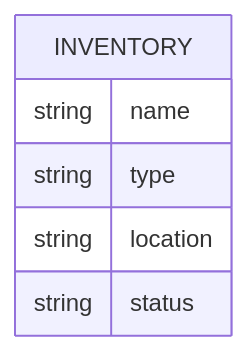
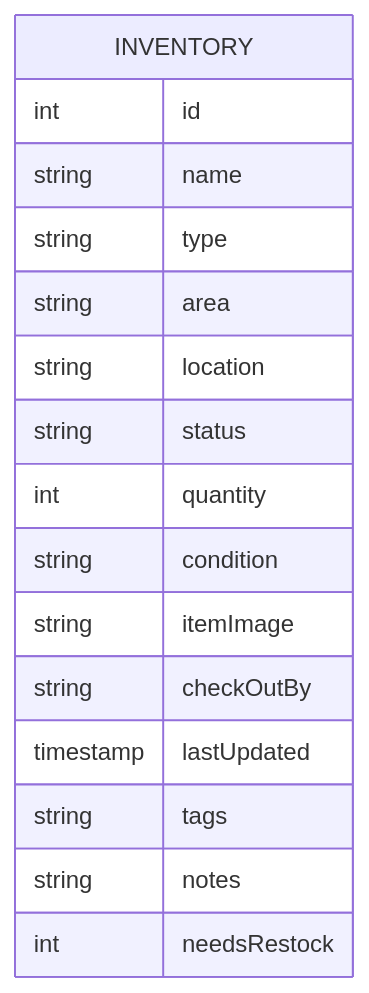
One commit to AugleBoBaugles/spare-pit changed the diagram in docs/DEVELOPER.md. Above: the diagram before and after it, drawn with Mermaid.

Commit message:
Update ER diagram in DEVELOPER.md to match actual schema

````diff
--- a/docs/DEVELOPER.md
+++ b/docs/DEVELOPER.md
@@ -158,9 +158,19 @@
 ```mermaid
 erDiagram
     INVENTORY {
+        int    id
         string name
         string type
+        string area
         string location
         string status
+        int    quantity
+        string condition
+        string itemImage
+        string checkOutBy
+        timestamp lastUpdated
+        string tags
+        string notes
+        int    needsRestock
     }
 ```
````
